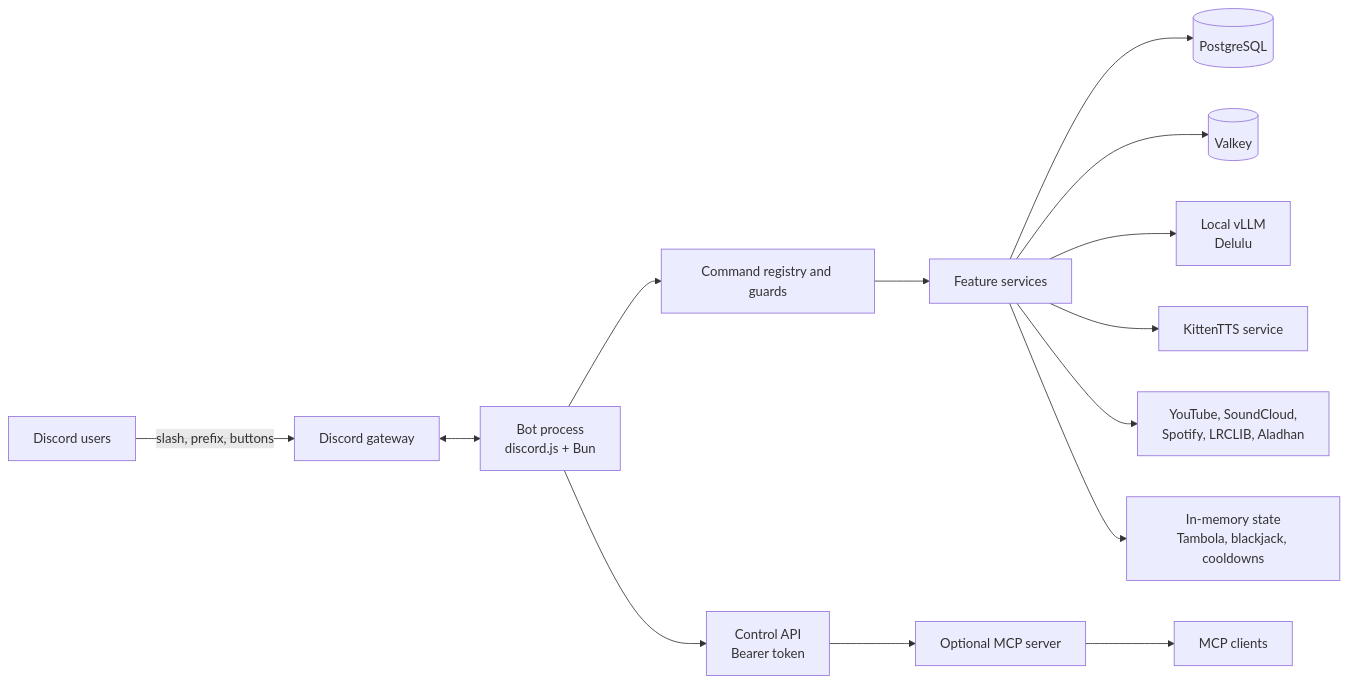
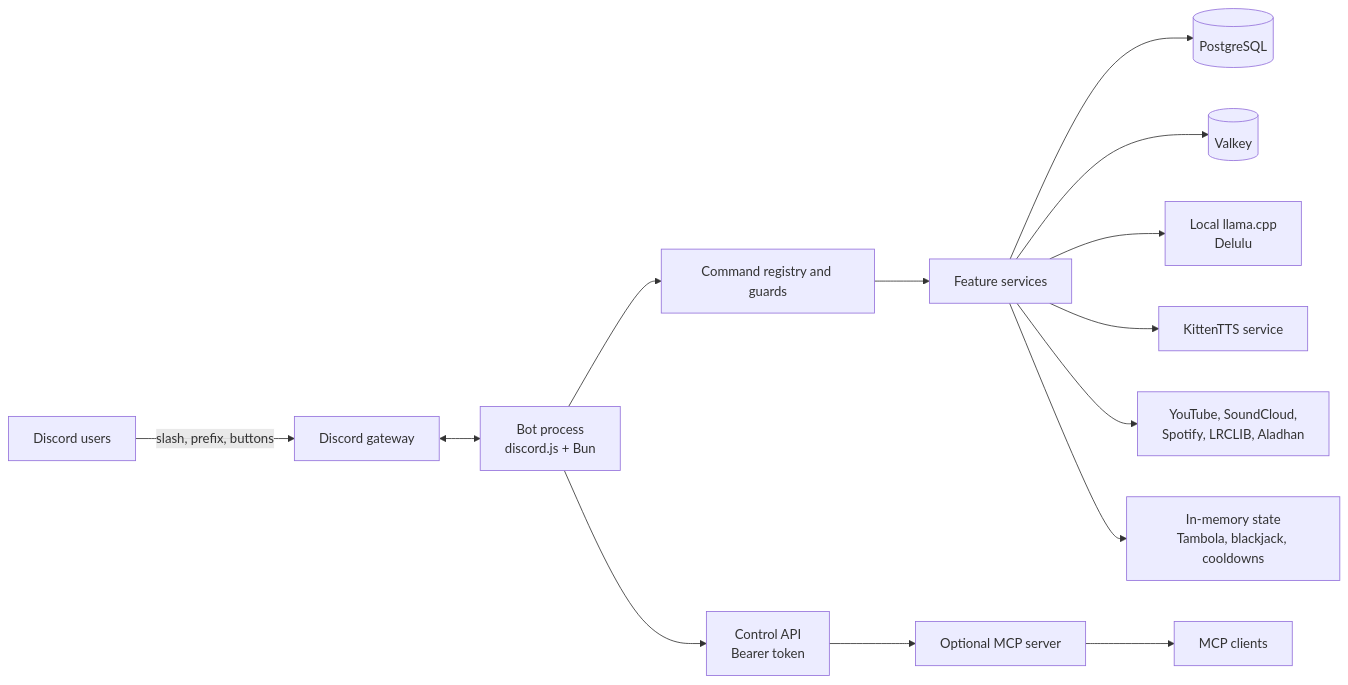
The diagram in README.md (DeathSurfing/siela-bot), drawn with Mermaid before and after one commit. The commit also changed other lines of this file and 8 other files, not shown here.

First line of the commit message:
deploy(llm): switch stack to llama.cpp with tinyTanLLM-delulu-gemma Q4

````diff
--- a/README.md
+++ b/README.md
@@ -26,18 +26,18 @@
 ```mermaid
 flowchart LR
   U[Discord users] -->|slash, prefix, buttons| DG[Discord gateway]
   DG <--> BOT[Bot process<br/>discord.js + Bun]
 
   BOT --> REG[Command registry and guards]
   REG --> FEAT[Feature services]
   FEAT --> PG[(PostgreSQL)]
   FEAT --> VK[(Valkey)]
-  FEAT --> LLM[Local vLLM<br/>Delulu]
+  FEAT --> LLM[Local llama.cpp<br/>Delulu]
   FEAT --> TTS[KittenTTS service]
   FEAT --> EXT[YouTube, SoundCloud,<br/>Spotify, LRCLIB, Aladhan]
   FEAT --> MEM[In-memory state<br/>Tambola, blackjack, cooldowns]
 
   BOT --> API[Control API<br/>Bearer token]
   API --> MCP[Optional MCP server]
   MCP --> CLIENT[MCP clients]
 ```
````
